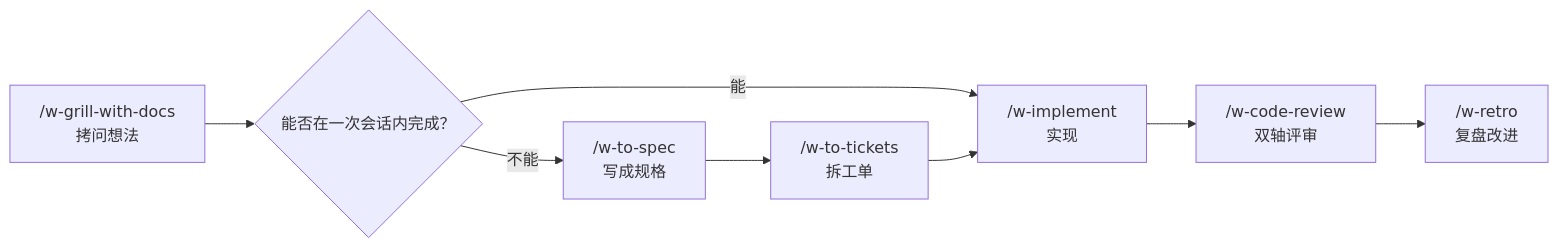
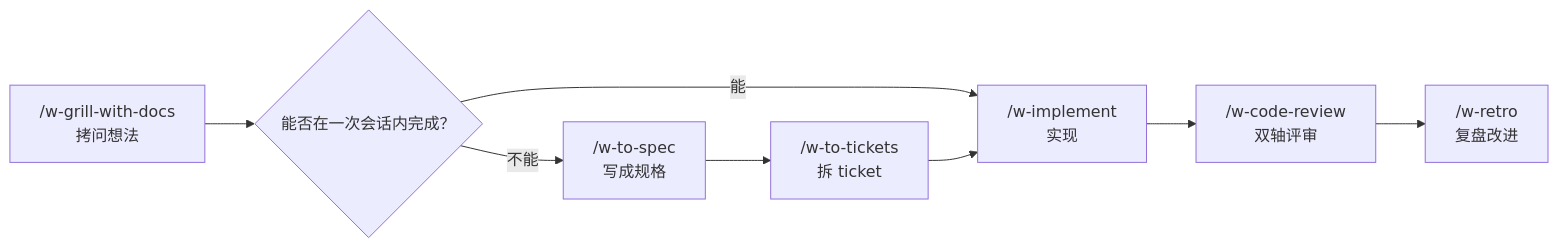
The diagram in README.md (wxxxcxx/agent-package), drawn with Mermaid before and after one commit. The commit also changed other lines of this file and 19 other files, not shown here.

````diff
--- a/README.md
+++ b/README.md
@@ -42,7 +42,7 @@
 ```mermaid
 flowchart LR
   A["/w-grill-with-docs<br/>拷问想法"] --> B{"能否在一次会话内完成？"}
   B -- 能 --> C["/w-implement<br/>实现"]
-  B -- 不能 --> D["/w-to-spec<br/>写成规格"] --> E["/w-to-tickets<br/>拆工单"] --> C
+  B -- 不能 --> D["/w-to-spec<br/>写成规格"] --> E["/w-to-tickets<br/>拆 ticket"] --> C
   C --> F["/w-code-review<br/>双轴评审"] --> G["/w-retro<br/>复盘改进"]
 ```
````
